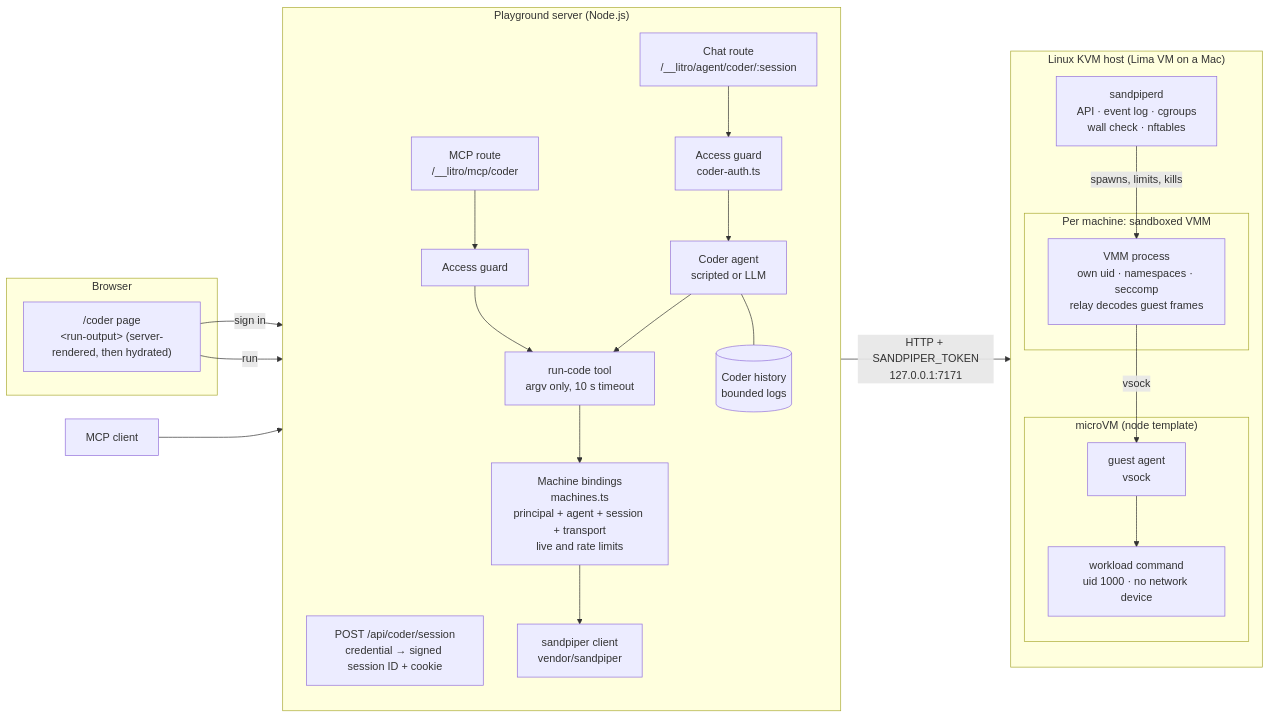
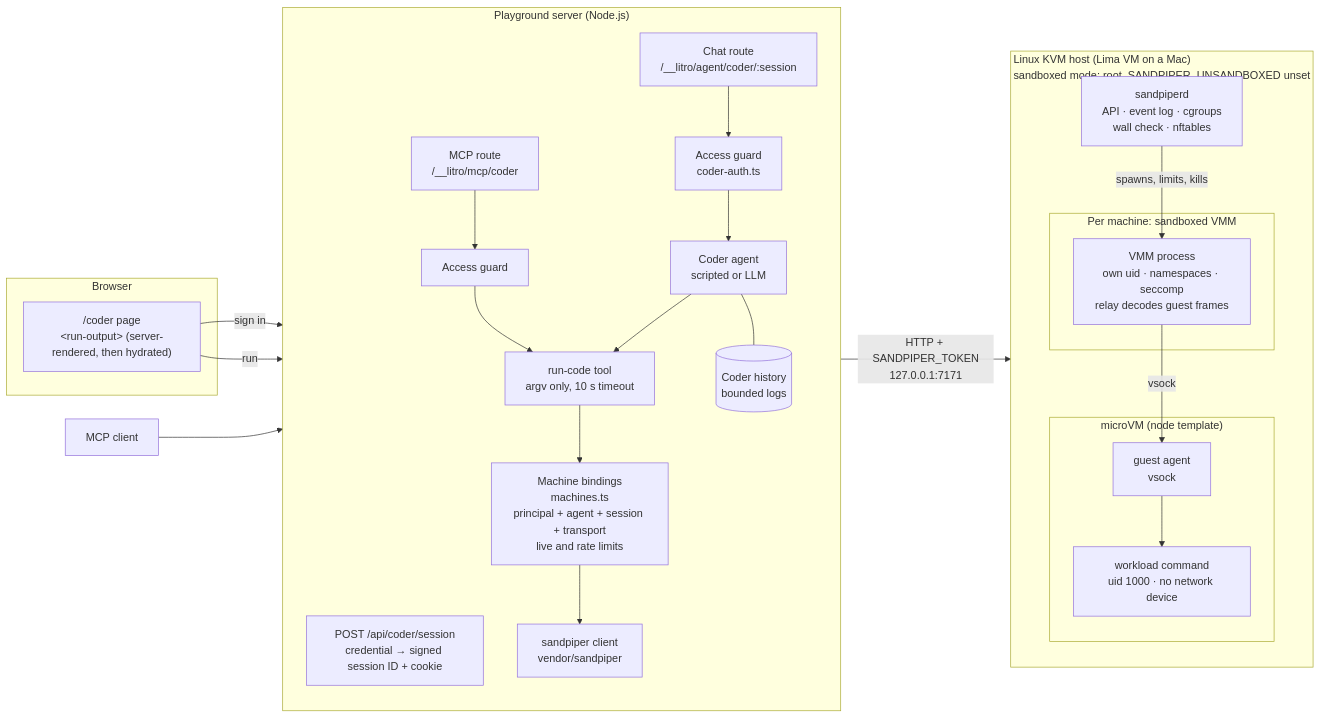
The diagram in playground/README.md (beatzball/litro), drawn with Mermaid before and after one commit. The commit also changed other lines of this file, not shown here.

Commit message:
docs(playground): scope the diagram to sandboxed mode and MCP cleanup timing

````diff
--- a/playground/README.md
+++ b/playground/README.md
@@ -8,43 +8,43 @@
 ```mermaid
 flowchart LR
   subgraph browser["Browser"]
     page["/coder page<br/>&lt;run-output&gt; (server-rendered, then hydrated)"]
   end
   mcpc["MCP client"]
 
   subgraph server["Playground server (Node.js)"]
     direction TB
     login["POST /api/coder/session<br/>credential → signed session ID + cookie"]
     route["Chat route<br/>/__litro/agent/coder/:session"]
     mcp["MCP route<br/>/__litro/mcp/coder"]
     guard["Access guard<br/>coder-auth.ts"]
     agent["Coder agent<br/>scripted or LLM"]
     store[("Coder history<br/>bounded logs")]
     tool["run-code tool<br/>argv only, 10 s timeout"]
     bind["Machine bindings<br/>machines.ts<br/>principal + agent + session + transport<br/>live and rate limits"]
     client["sandpiper client<br/>vendor/sandpiper"]
     route --> guard --> agent --> tool
     agent --- store
     mcp --> guard2["Access guard"] --> tool
     tool --> bind --> client
   end
 
-  subgraph host["Linux KVM host (Lima VM on a Mac)"]
+  subgraph host["Linux KVM host (Lima VM on a Mac)<br/>sandboxed mode: root, SANDPIPER_UNSANDBOXED unset"]
     direction TB
     daemon["sandpiperd<br/>API · event log · cgroups<br/>wall check · nftables"]
     subgraph jail["Per machine: sandboxed VMM"]
       vmm["VMM process<br/>own uid · namespaces · seccomp<br/>relay decodes guest frames"]
     end
     subgraph vm["microVM (node template)"]
       guest["guest agent<br/>vsock"]
       work["workload command<br/>uid 1000 · no network device"]
     end
     daemon -->|"spawns, limits, kills"| vmm
     vmm -->|vsock| guest --> work
   end
 
   page -->|sign in| login
   page -->|run| route
   mcpc --> mcp
   client -->|"HTTP + SANDPIPER_TOKEN<br/>127.0.0.1:7171"| daemon
 ```
````
